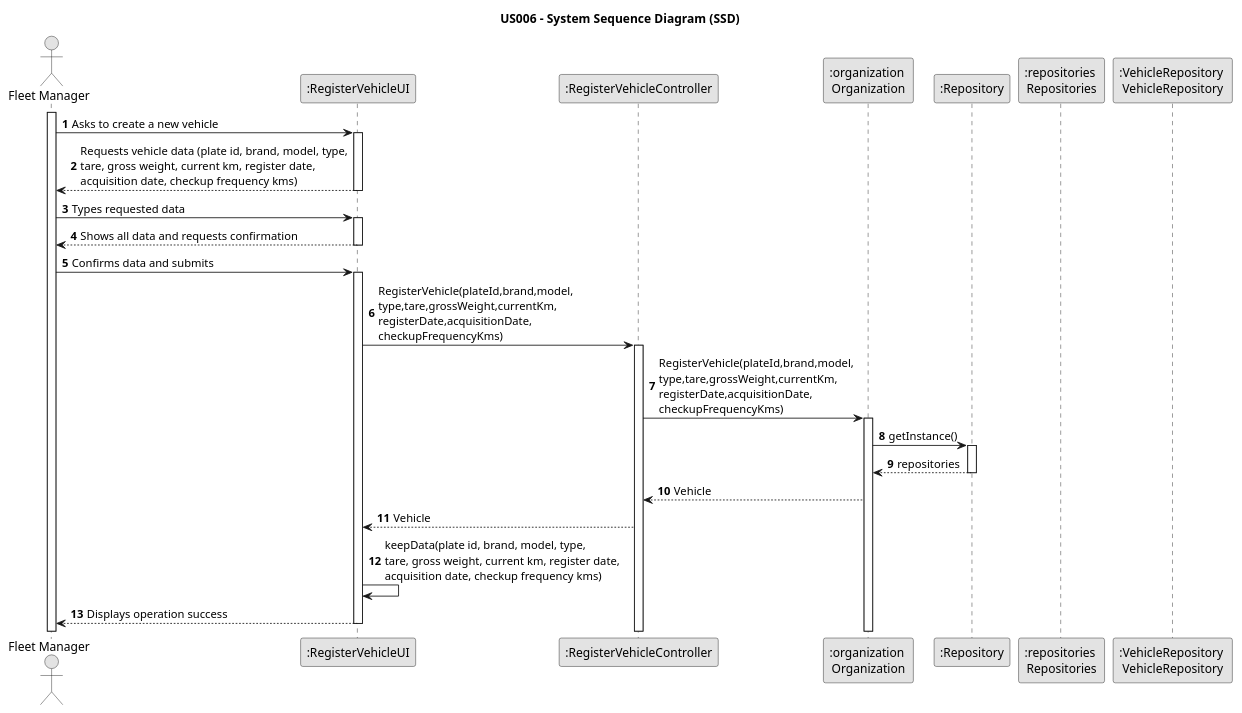
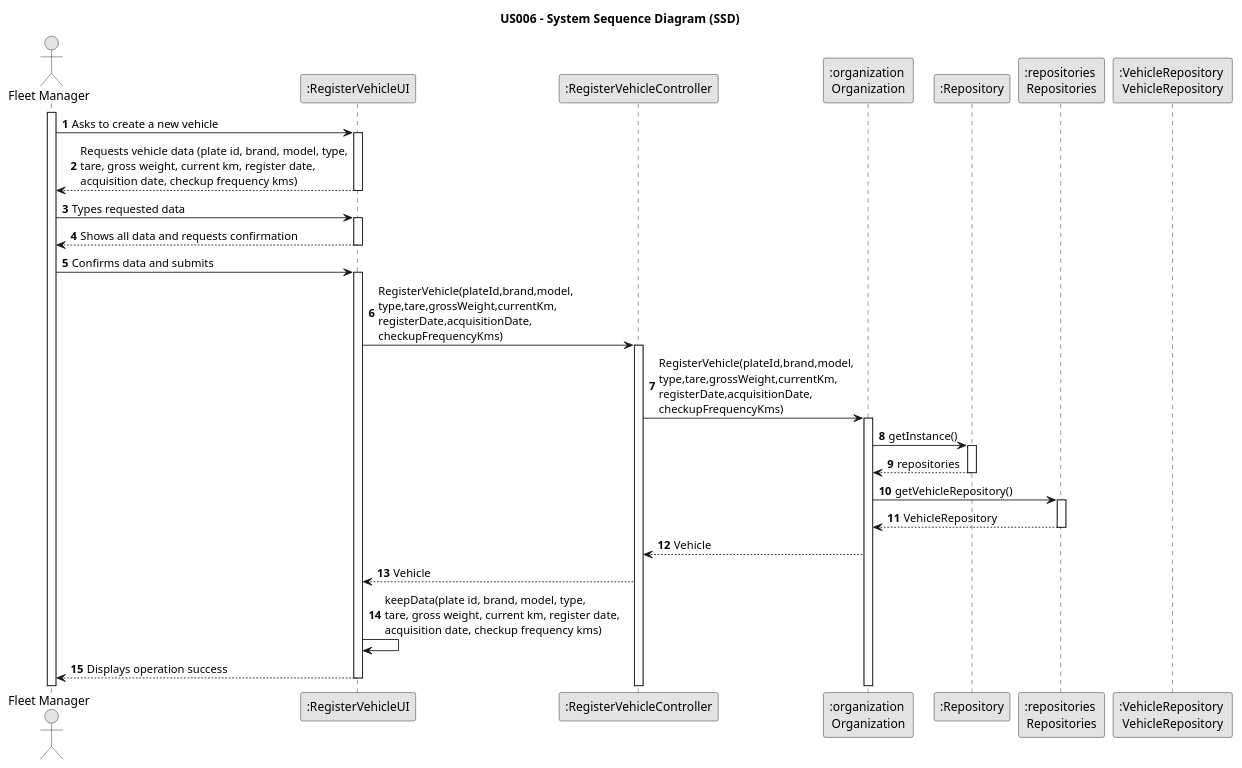
One commit to Rui-San/LAPR2_2023_2024 changed the diagram in docs/sprintB/us006/03.design/puml/us006-system-sequence-diagram.puml. Above: the diagram before and after it, drawn with PlantUML.

Commit message:
US006: SSD - added getVehicleRepository

```diff
--- a/docs/sprintB/us006/03.design/puml/us006-system-sequence-diagram.puml
+++ b/docs/sprintB/us006/03.design/puml/us006-system-sequence-diagram.puml
@@ -1,61 +1,70 @@
 @startuml
 skinparam monochrome true
 skinparam packageStyle rectangle
 skinparam shadowing false
 
 title US006 - System Sequence Diagram (SSD)
 
 autonumber
 
 actor "Fleet Manager" as Employee
 participant ":RegisterVehicleUI" as System
 participant ":RegisterVehicleController" as CTRL
 participant ":organization \nOrganization" as ORG
 participant ":Repository" as REP
 participant ":repositories \nRepositories" as REPS
 participant ":VehicleRepository \nVehicleRepository" as SR
 
 activate Employee
 
     Employee -> System : Asks to create a new vehicle
     activate System
 
 System --> Employee : Requests vehicle data (plate id, brand, model, type,\ntare, gross weight, current km, register date,\nacquisition date, checkup frequency kms)
     deactivate System
 
 
     Employee -> System : Types requested data
     activate System
 
         System --> Employee : Shows all data and requests confirmation
     deactivate System
 
     Employee -> System : Confirms data and submits
     activate System
         System->CTRL :RegisterVehicle(plateId,brand,model,\ntype,tare,grossWeight,currentKm,\nregisterDate,acquisitionDate,\ncheckupFrequencyKms)
         activate CTRL
             CTRL->ORG :RegisterVehicle(plateId,brand,model,\ntype,tare,grossWeight,currentKm,\nregisterDate,acquisitionDate,\ncheckupFrequencyKms)
             activate ORG
 
             ORG->REP: getInstance()
 
             activate REP
 
             REP-->ORG: repositories
 
             deactivate REP
 
+            ORG->REPS: getVehicleRepository()
+
+            activate REPS
+
+            REPS-->ORG: VehicleRepository
+
+            deactivate REPS
+
+
 
             ORG-->CTRL: Vehicle
 
             CTRL-->System: Vehicle
 
             System->System: keepData(plate id, brand, model, type,\ntare, gross weight, current km, register date,\nacquisition date, checkup frequency kms)
 
         System --> Employee : Displays operation success
     deactivate System
 
 
 
 
 @enduml
```
